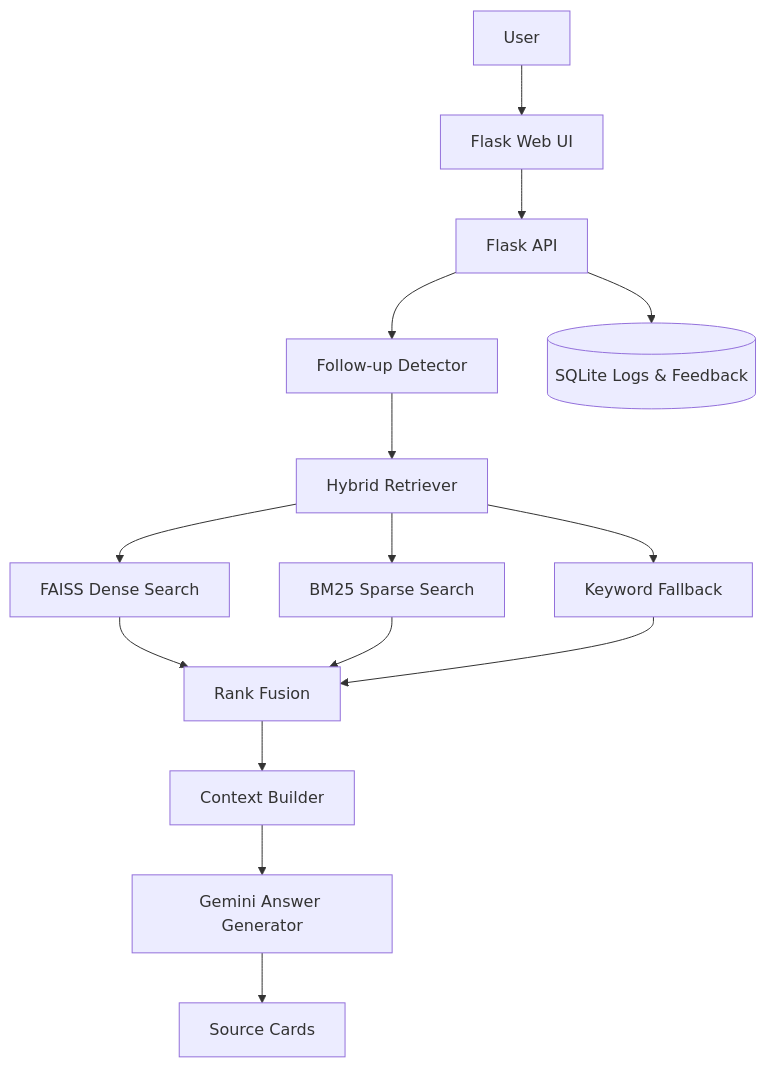
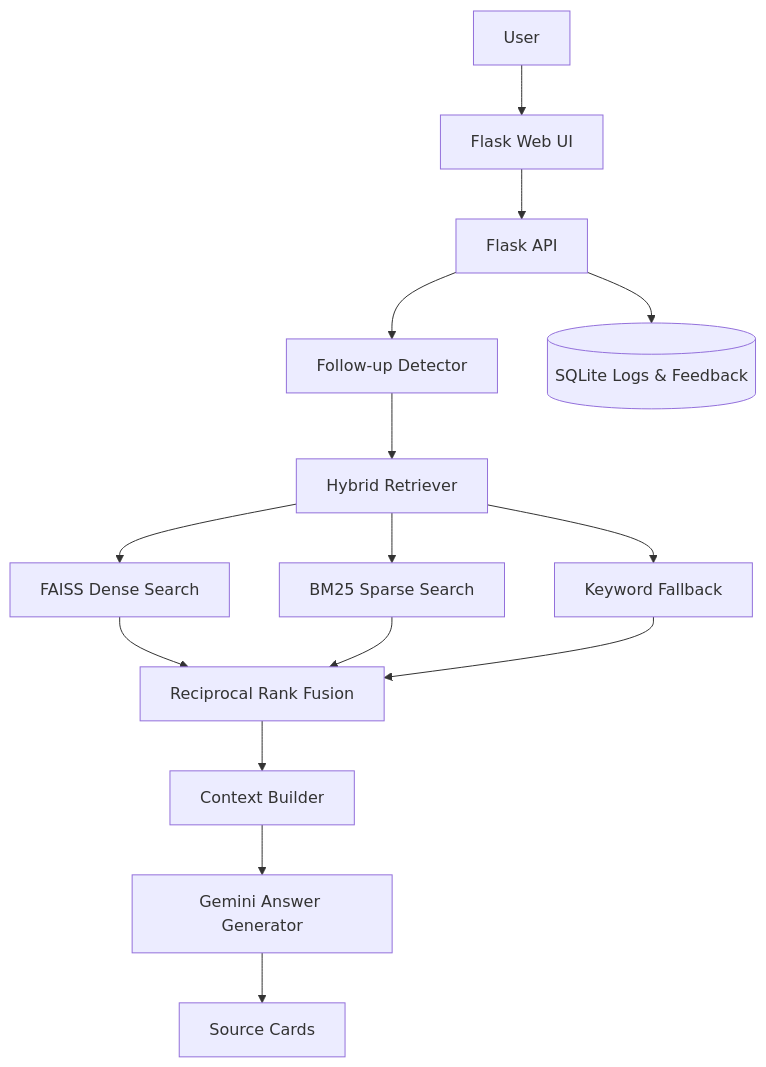
One commit to drpie143/egov-bot changed the diagram in README.md. Above: the diagram before and after it, drawn with Mermaid. The commit also changed other lines of this file and 39 other files, not shown here.

````diff
--- a/README.md
+++ b/README.md
@@ -27,17 +30,17 @@
 ```mermaid
 flowchart TD
     U[User] --> UI[Flask Web UI]
     UI --> API[Flask API]
     API --> FD[Follow-up Detector]
     FD --> R[Hybrid Retriever]
     R --> D[FAISS Dense Search]
     R --> S[BM25 Sparse Search]
     R --> K[Keyword Fallback]
-    D --> F[Rank Fusion]
+    D --> F[Reciprocal Rank Fusion]
     S --> F
     K --> F
     F --> C[Context Builder]
     C --> LLM[Gemini Answer Generator]
     LLM --> SRC[Source Cards]
     API --> DB[(SQLite Logs & Feedback)]
 ```
````
